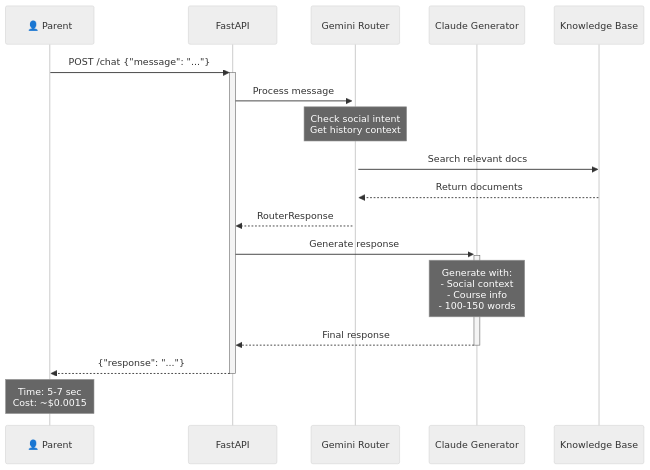
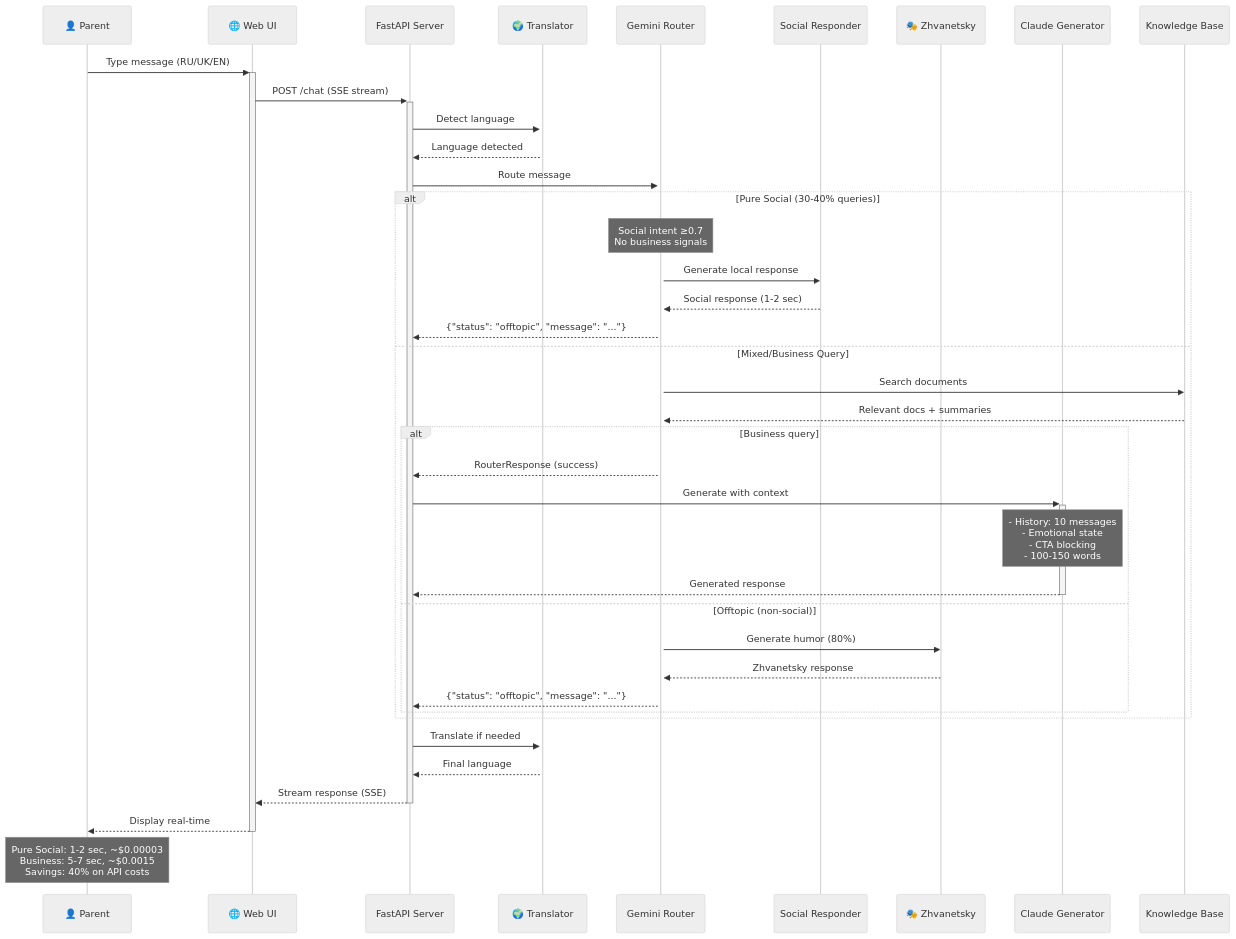
The second of 5 diagrams in README.md (shao3d/Ukido_DynContInj), drawn with Mermaid (neutral theme) before and after one commit. The commit also changed other lines of this file and 5 other files, not shown here.

First line of the commit message:
docs: Обновлены архитектурные диаграммы до версии v0.16.1

````diff
--- a/README.md
+++ b/README.md
@@ -79,27 +99,47 @@
 ```mermaid
 sequenceDiagram
     participant U as 👤 Parent
-    participant API as FastAPI
+    participant W as 🌐 Web UI
+    participant API as FastAPI Server
+    participant T as 🌍 Translator
     participant R as Gemini Router
+    participant SR as Social Responder
+    participant ZH as 🎭 Zhvanetsky
     participant G as Claude Generator
-    participant DB as Knowledge Base
+    participant KB as Knowledge Base
 
-    U->>+API: POST /chat {"message": "..."}
-    API->>+R: Process message
+    U->>+W: Type message (RU/UK/EN)
+    W->>+API: POST /chat (SSE stream)
+    API->>+T: Detect language
+    T-->>API: Language detected
     
-    Note over R: Check social intent<br/>Get history context
+    API->>+R: Route message
     
-    R->>DB: Search relevant docs
-    DB-->>R: Return documents
+    alt Pure Social (30-40% queries)
+        Note over R: Social intent ≥0.7<br/>No business signals
+        R->>SR: Generate local response
+        SR-->>R: Social response (1-2 sec)
+        R-->>API: {"status": "offtopic", "message": "..."}
+    else Mixed/Business Query
+        R->>KB: Search documents
+        KB-->>R: Relevant docs + summaries
+        
+        alt Business query
+            R-->>API: RouterResponse (success)
+            API->>+G: Generate with context
+            Note over G: - History: 10 messages<br/>- Emotional state<br/>- CTA blocking<br/>- 100-150 words
+            G-->>-API: Generated response
+        else Offtopic (non-social)
+            R->>ZH: Generate humor (80%)
+            ZH-->>R: Zhvanetsky response
+            R-->>API: {"status": "offtopic", "message": "..."}
+        end
+    end
     
-    R-->>API: RouterResponse
+    API->>T: Translate if needed
+    T-->>API: Final language
+    API-->>-W: Stream response (SSE)
+    W-->>-U: Display real-time
     
-    API->>+G: Generate response
-    
-    Note over G: Generate with:<br/>- Social context<br/>- Course info<br/>- 100-150 words
-    
-    G-->>-API: Final response
-    API-->>-U: {"response": "..."}
-    
-    Note over U: Time: 5-7 sec<br/>Cost: ~$0.0015
+    Note over U: Pure Social: 1-2 sec, ~$0.00003<br/>Business: 5-7 sec, ~$0.0015<br/>Savings: 40% on API costs
 ```
````
